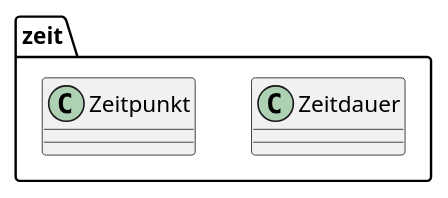
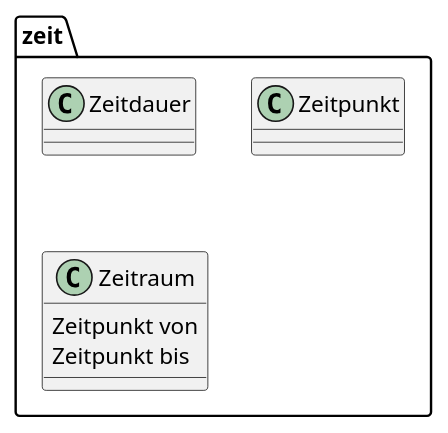
The diagram in src/main/asciidoc/images/package-zeit.puml (oboehm/jfachwert), drawn with PlantUML before and after one commit.

Commit message:
Diagramm um Zeitpunkt-Klasse ergänzt

```diff
--- a/src/main/asciidoc/images/package-zeit.puml
+++ b/src/main/asciidoc/images/package-zeit.puml
@@ -1,10 +1,14 @@
 @startuml
 
 package "zeit" {
 
     class Zeitdauer
     class Zeitpunkt
+    class Zeitraum {
+        Zeitpunkt von
+        Zeitpunkt bis
+    }
 
 }
 
 @enduml
```
